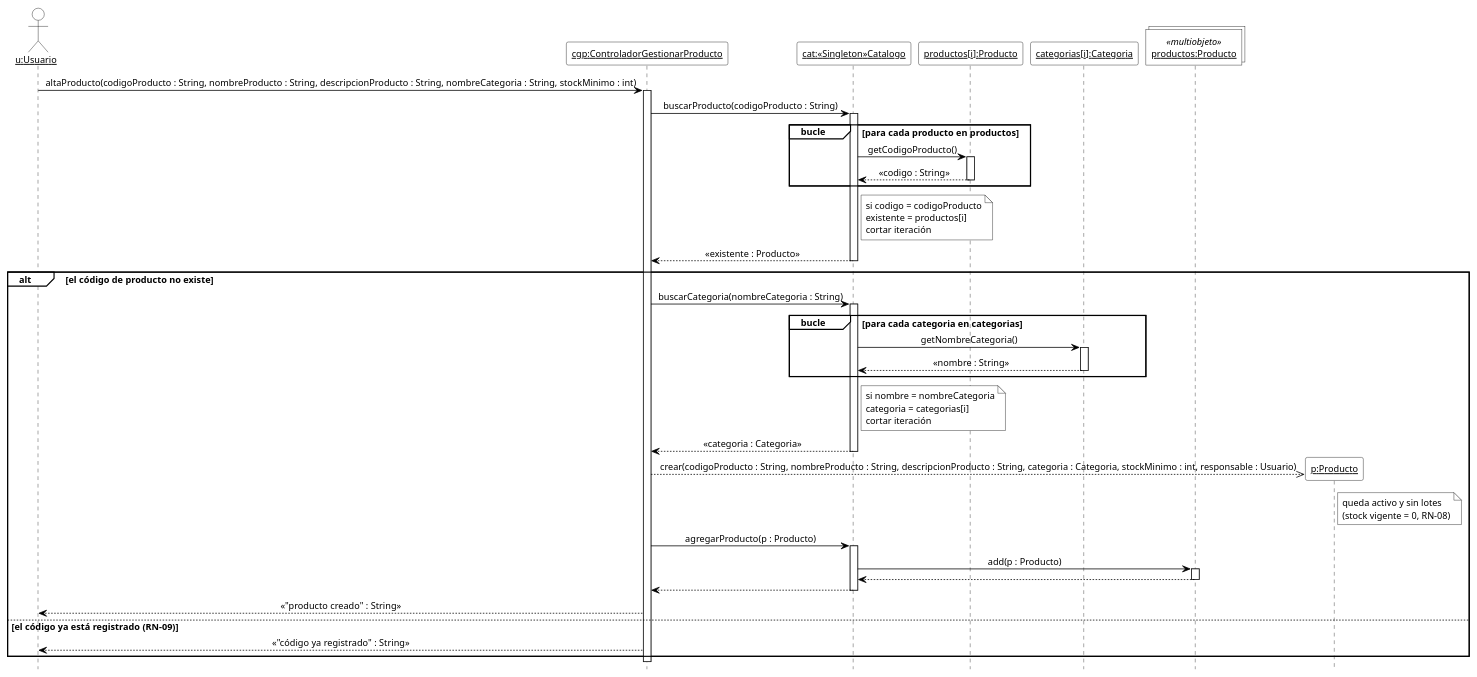
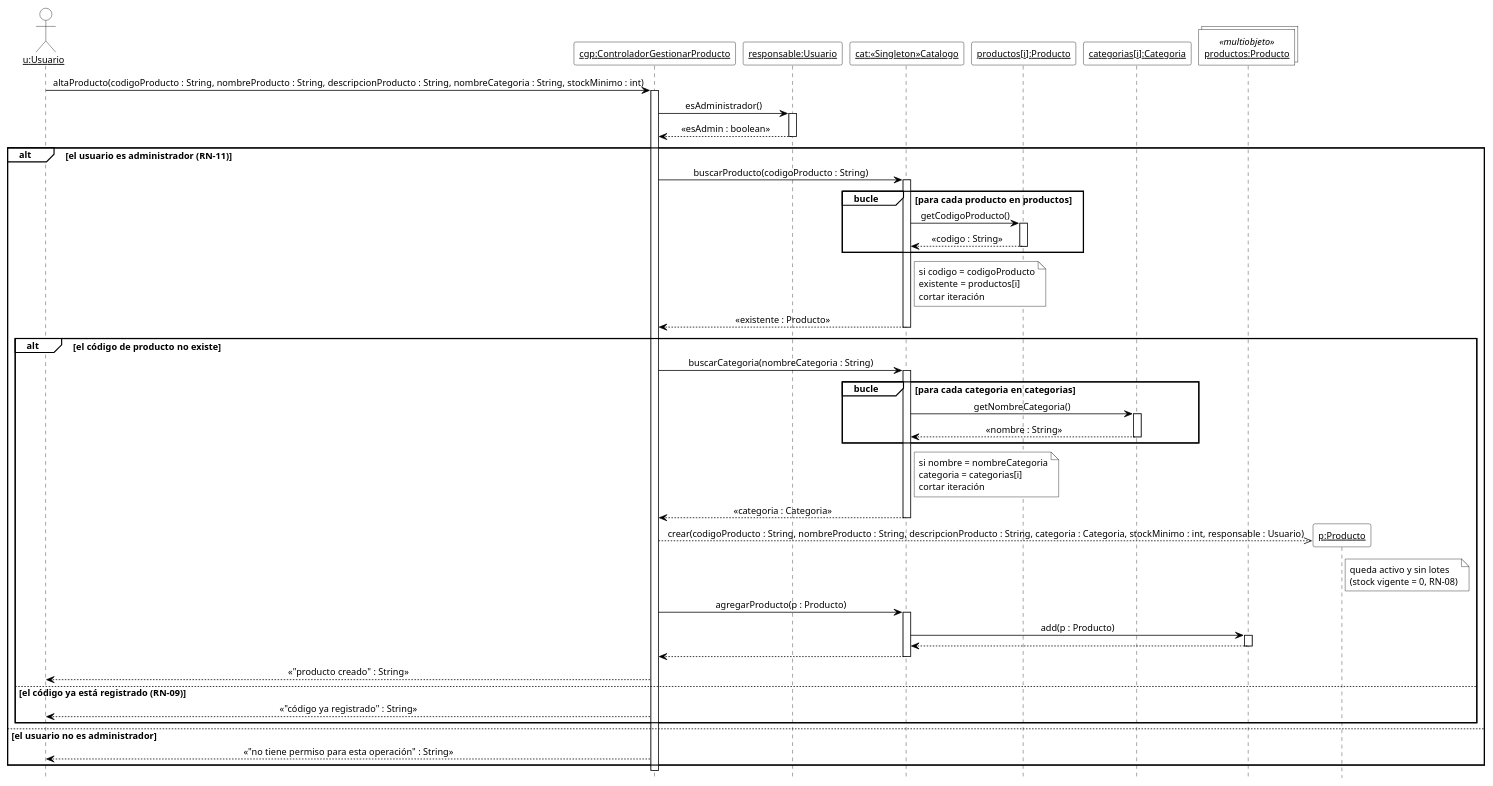
One commit to cirotop/Stock-Project changed the seventh of 18 diagrams in 08-Diagrama De Secuencia/Diagramas_de_Secuencia.md. Above: the diagram before and after it, drawn with PlantUML. The commit also changed other lines of this file and 20 other files, not shown here.

````diff
--- a/08-Diagrama De Secuencia/Diagramas_de_Secuencia.md
+++ b/08-Diagrama De Secuencia/Diagramas_de_Secuencia.md
@@ -437,70 +475,77 @@
 ```plantuml
 @startuml DSD_CU-04_altaProducto
 ' Diagrama de Secuencia de Diseño (DSD) - CU-04 Gestionar producto - altaProducto
 ' Estilo de los ejemplos de la teoría (introducirArticulo / crearNuevaVenta).
 hide footbox
 skinparam shadowing false
 skinparam defaultFontName Arial
 skinparam defaultFontSize 12
 skinparam sequenceMessageAlign center
 skinparam ArrowColor black
 skinparam ParticipantBackgroundColor white
 skinparam ParticipantBorderColor black
 skinparam CollectionsBackgroundColor white
 skinparam CollectionsBorderColor black
 skinparam ActorBackgroundColor white
 skinparam ActorBorderColor black
 skinparam LifeLineBorderColor black
 skinparam LifeLineBackgroundColor white
 skinparam SequenceGroupBackgroundColor white
 skinparam SequenceGroupBorderColor black
 skinparam SequenceGroupHeaderFontColor black
 skinparam NoteBackgroundColor white
 skinparam NoteBorderColor black
 
 actor "<u>u:Usuario</u>" as u
 participant "<u>cgp:ControladorGestionarProducto</u>" as cgp
+participant "<u>responsable:Usuario</u>" as resp
 participant "<u>cat:«Singleton»Catalogo</u>" as cat
 participant "<u>productos[i]:Producto</u>" as pi
 participant "<u>categorias[i]:Categoria</u>" as ki
 collections "<u>productos:Producto</u>" as mp <<multiobjeto>>
 
 u -> cgp ++ : altaProducto(codigoProducto : String, nombreProducto : String, descripcionProducto : String, nombreCategoria : String, stockMinimo : int)
-cgp -> cat ++ : buscarProducto(codigoProducto : String)
-group bucle [para cada producto en productos]
-  cat -> pi ++ : getCodigoProducto()
-  pi --> cat -- : «codigo : String»
-end
-note right of cat
-  si codigo = codigoProducto
-  existente = productos[i]
-  cortar iteración
-end note
-cat --> cgp -- : «existente : Producto»
-alt el código de producto no existe
-  cgp -> cat ++ : buscarCategoria(nombreCategoria : String)
-  group bucle [para cada categoria en categorias]
-    cat -> ki ++ : getNombreCategoria()
-    ki --> cat -- : «nombre : String»
+cgp -> resp ++ : esAdministrador()
+resp --> cgp -- : «esAdmin : boolean»
+alt el usuario es administrador (RN-11)
+  cgp -> cat ++ : buscarProducto(codigoProducto : String)
+  group bucle [para cada producto en productos]
+    cat -> pi ++ : getCodigoProducto()
+    pi --> cat -- : «codigo : String»
   end
   note right of cat
-    si nombre = nombreCategoria
-    categoria = categorias[i]
+    si codigo = codigoProducto
+    existente = productos[i]
     cortar iteración
   end note
-  cat --> cgp -- : «categoria : Categoria»
-  create participant "<u>p:Producto</u>" as p
-  cgp -->> p : crear(codigoProducto : String, nombreProducto : String, descripcionProducto : String, categoria : Categoria, stockMinimo : int, responsable : Usuario)
-  note right of p : queda activo y sin lotes\n(stock vigente = 0, RN-08)
-  cgp -> cat ++ : agregarProducto(p : Producto)
-  cat -> mp ++ : add(p : Producto)
-  mp --> cat --
-  cat --> cgp --
-  cgp --> u : «"producto creado" : String»
-else el código ya está registrado (RN-09)
-  cgp --> u : «"código ya registrado" : String»
+  cat --> cgp -- : «existente : Producto»
+  alt el código de producto no existe
+    cgp -> cat ++ : buscarCategoria(nombreCategoria : String)
+    group bucle [para cada categoria en categorias]
+      cat -> ki ++ : getNombreCategoria()
+      ki --> cat -- : «nombre : String»
+    end
+    note right of cat
+      si nombre = nombreCategoria
+      categoria = categorias[i]
+      cortar iteración
+    end note
+    cat --> cgp -- : «categoria : Categoria»
+    create participant "<u>p:Producto</u>" as p
+    cgp -->> p : crear(codigoProducto : String, nombreProducto : String, descripcionProducto : String, categoria : Categoria, stockMinimo : int, responsable : Usuario)
+    note right of p : queda activo y sin lotes\n(stock vigente = 0, RN-08)
+    cgp -> cat ++ : agregarProducto(p : Producto)
+    cat -> mp ++ : add(p : Producto)
+    mp --> cat --
+    cat --> cgp --
+    cgp --> u : «"producto creado" : String»
+  else el código ya está registrado (RN-09)
+    cgp --> u : «"código ya registrado" : String»
+  end
+else el usuario no es administrador
+  cgp --> u : «"no tiene permiso para esta operación" : String»
 end
 deactivate cgp
 
 @enduml
 ```
````
